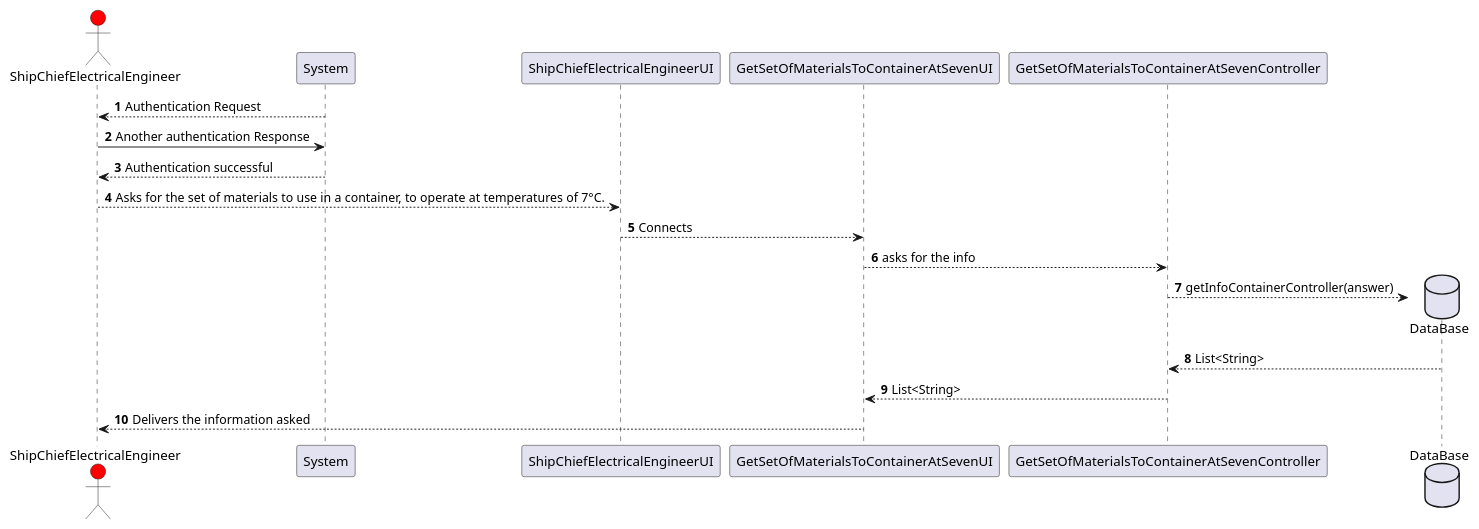
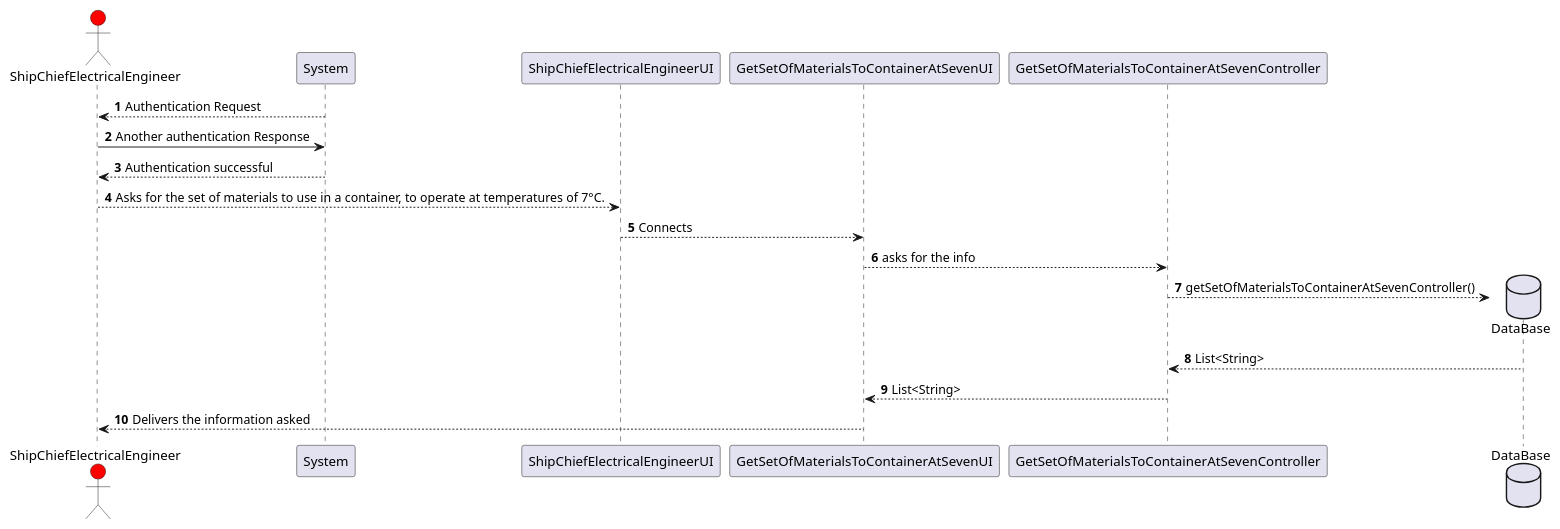
Before and after one commit to LourencoMelo/ISEP-LAPR3-ESINF: the diagram in Docs/Sprint3/US317/sd.puml, drawn with PlantUML. The commit also changed 8 other files, not shown here.

```diff
--- a/Docs/Sprint3/US317/sd.puml
+++ b/Docs/Sprint3/US317/sd.puml
@@ -1,19 +1,19 @@
 @startuml
 
 autonumber
 
 actor ShipChiefElectricalEngineer #red
 
 System --> ShipChiefElectricalEngineer: Authentication Request
 ShipChiefElectricalEngineer -> System : Another authentication Response
 System --> ShipChiefElectricalEngineer : Authentication successful
 ShipChiefElectricalEngineer --> ShipChiefElectricalEngineerUI : Asks for the set of materials to use in a container, to operate at temperatures of 7°C.
 ShipChiefElectricalEngineerUI --> GetSetOfMaterialsToContainerAtSevenUI : Connects
 GetSetOfMaterialsToContainerAtSevenUI --> GetSetOfMaterialsToContainerAtSevenController : asks for the info
 database       "DataBase"              as db
-GetSetOfMaterialsToContainerAtSevenController --> db** : getInfoContainerController(answer)
+GetSetOfMaterialsToContainerAtSevenController --> db** : getSetOfMaterialsToContainerAtSevenController()
 db --> GetSetOfMaterialsToContainerAtSevenController : List<String>
 GetSetOfMaterialsToContainerAtSevenController --> GetSetOfMaterialsToContainerAtSevenUI : List<String>
 GetSetOfMaterialsToContainerAtSevenUI --> ShipChiefElectricalEngineer : Delivers the information asked
 
 @enduml
```
